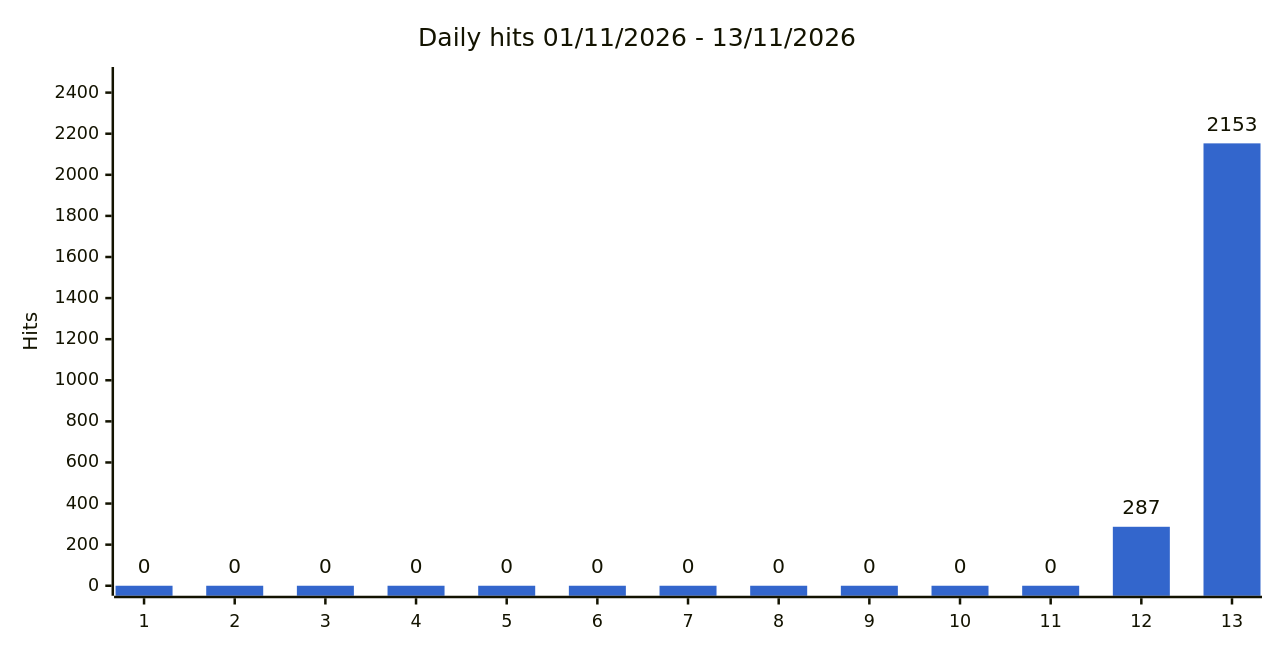
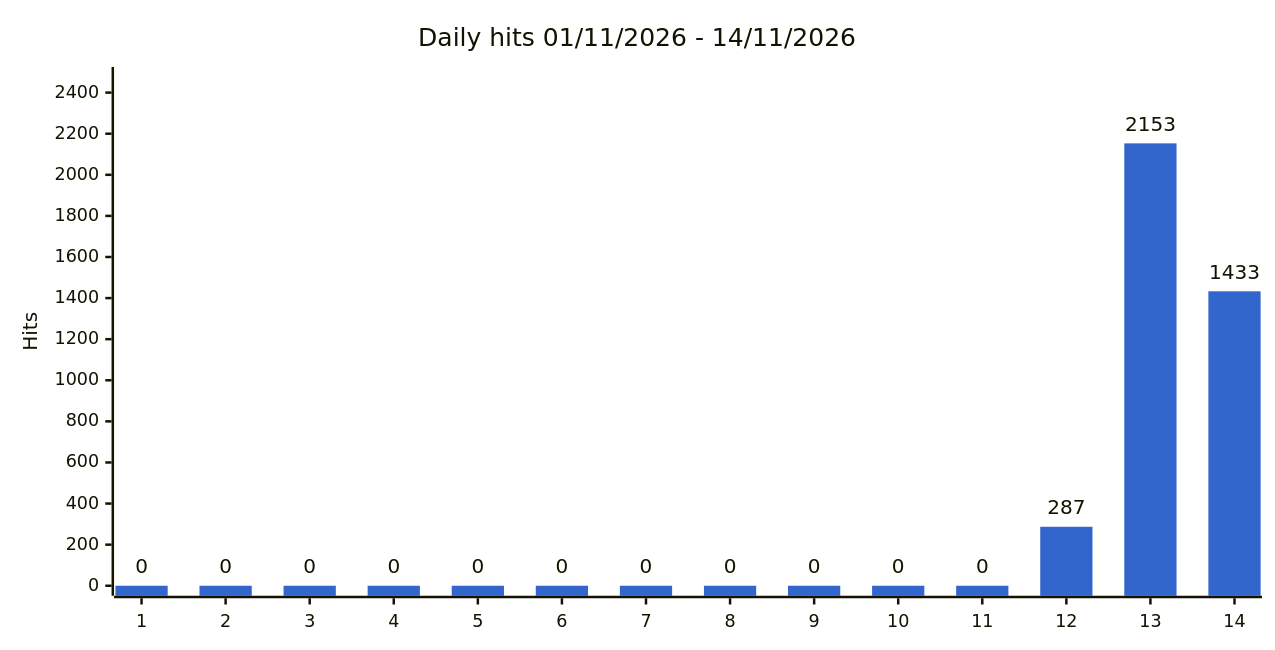
Before and after one commit to gmoulard/wikipedia2book: the first of 2 diagrams in docs/stats.md, drawn with Mermaid. The commit also changed other lines of this file and 1 other file, not shown here.

````diff
--- a/docs/stats.md
+++ b/docs/stats.md
@@ -11,8 +11,8 @@
 ```mermaid
 %%{init: {"xyChart": {"width": 1000, "showDataLabel": true, "showDataLabelOutsideBar": true}, "themeVariables": {"xyChart": {"plotColorPalette": "#3366cc"}}}}%%
 xychart-beta
-    title "Daily hits 01/11/2026 - 13/11/2026"
-    x-axis ["1", "2", "3", "4", "5", "6", "7", "8", "9", "10", "11", "12", "13"]
+    title "Daily hits 01/11/2026 - 14/11/2026"
+    x-axis ["1", "2", "3", "4", "5", "6", "7", "8", "9", "10", "11", "12", "13", "14"]
     y-axis "Hits" 0 --> 2476
-    bar [0, 0, 0, 0, 0, 0, 0, 0, 0, 0, 0, 287, 2153]
+    bar [0, 0, 0, 0, 0, 0, 0, 0, 0, 0, 0, 287, 2153, 1433]
 ```
````
